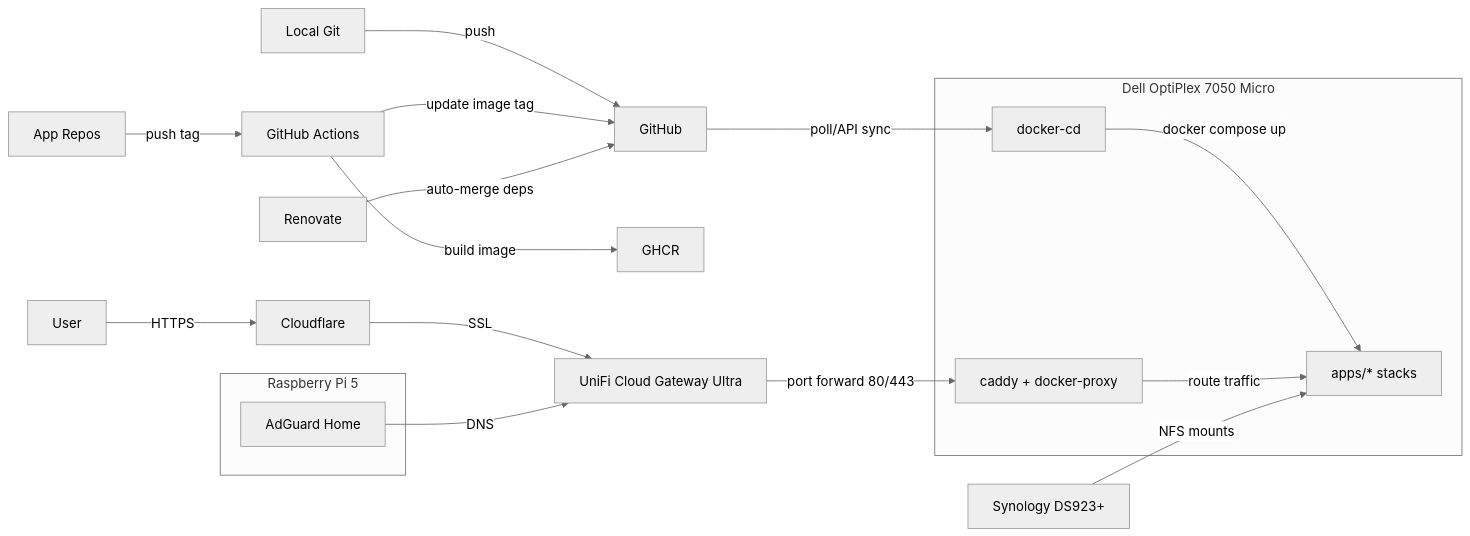
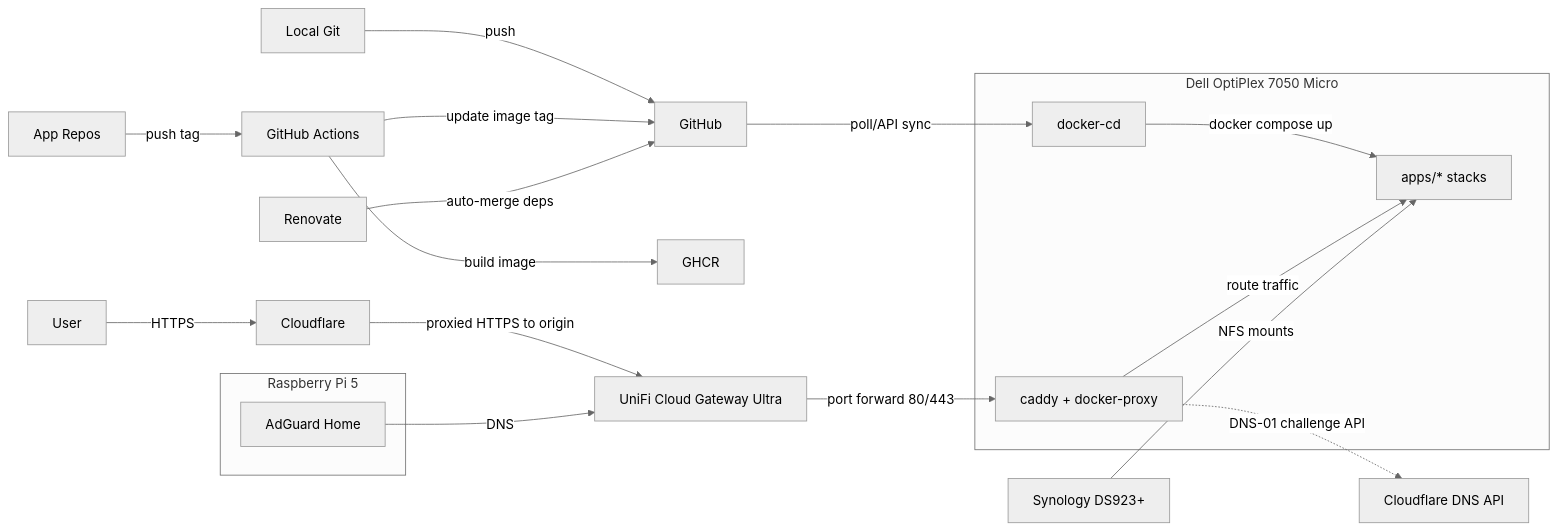
One commit to wajeht/home-ops changed the diagram in README.md. Above: the diagram before and after it, drawn with Mermaid (neutral theme).

Commit message:
docs: clarify cloudflare proxy and add dns-01 challenge

````diff
--- a/README.md
+++ b/README.md
@@ -16,24 +16,25 @@
 ```mermaid
 flowchart LR
     local_git[Local Git] -->|push| github[GitHub]
     app_repo[App Repos] -->|push tag| actions[GitHub Actions]
     actions -->|build image| ghcr[GHCR]
     actions -->|update image tag| github
     renovate[Renovate] -->|auto-merge deps| github
     github -->|poll/API sync| docker_cd[docker-cd]
 
     subgraph dell[Dell OptiPlex 7050 Micro]
         docker_cd -->|docker compose up| apps[apps/* stacks]
         caddy[caddy + docker-proxy] -->|route traffic| apps
     end
 
     user[User] -->|HTTPS| cloudflare[Cloudflare]
-    cloudflare -->|SSL| unifi[UniFi Cloud Gateway Ultra]
+    cloudflare -->|proxied HTTPS to origin| unifi[UniFi Cloud Gateway Ultra]
     unifi -->|port forward 80/443| caddy
+    caddy -.->|DNS-01 challenge API| cloudflare_dns[Cloudflare DNS API]
 
     nas[Synology DS923+] -->|NFS mounts| apps
     subgraph pi[Raspberry Pi 5]
         adguard[AdGuard Home]
     end
     adguard -->|DNS| unifi
 ```
````
